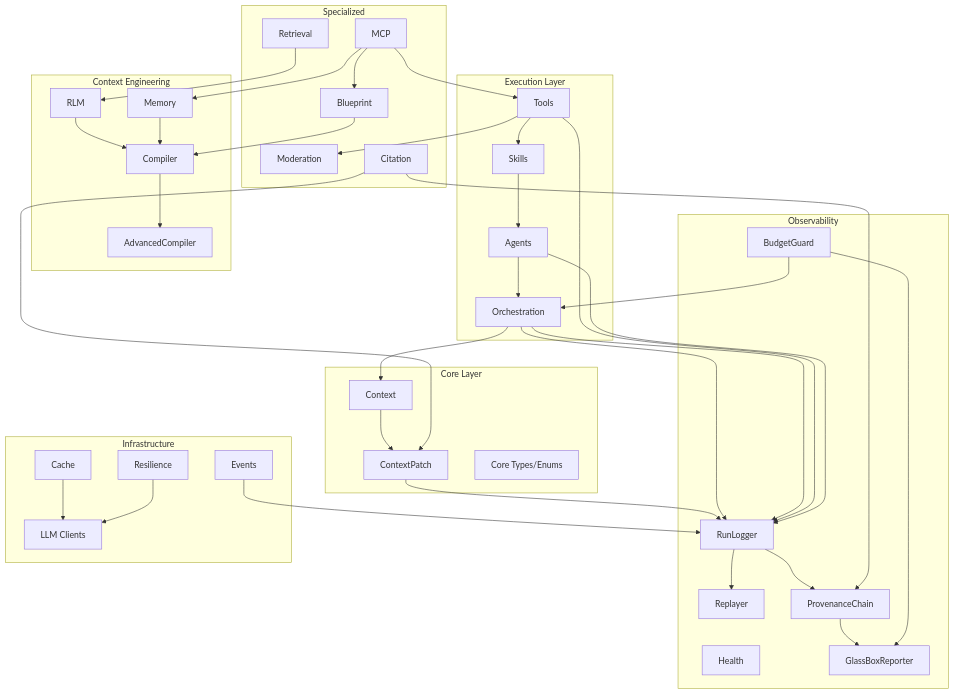
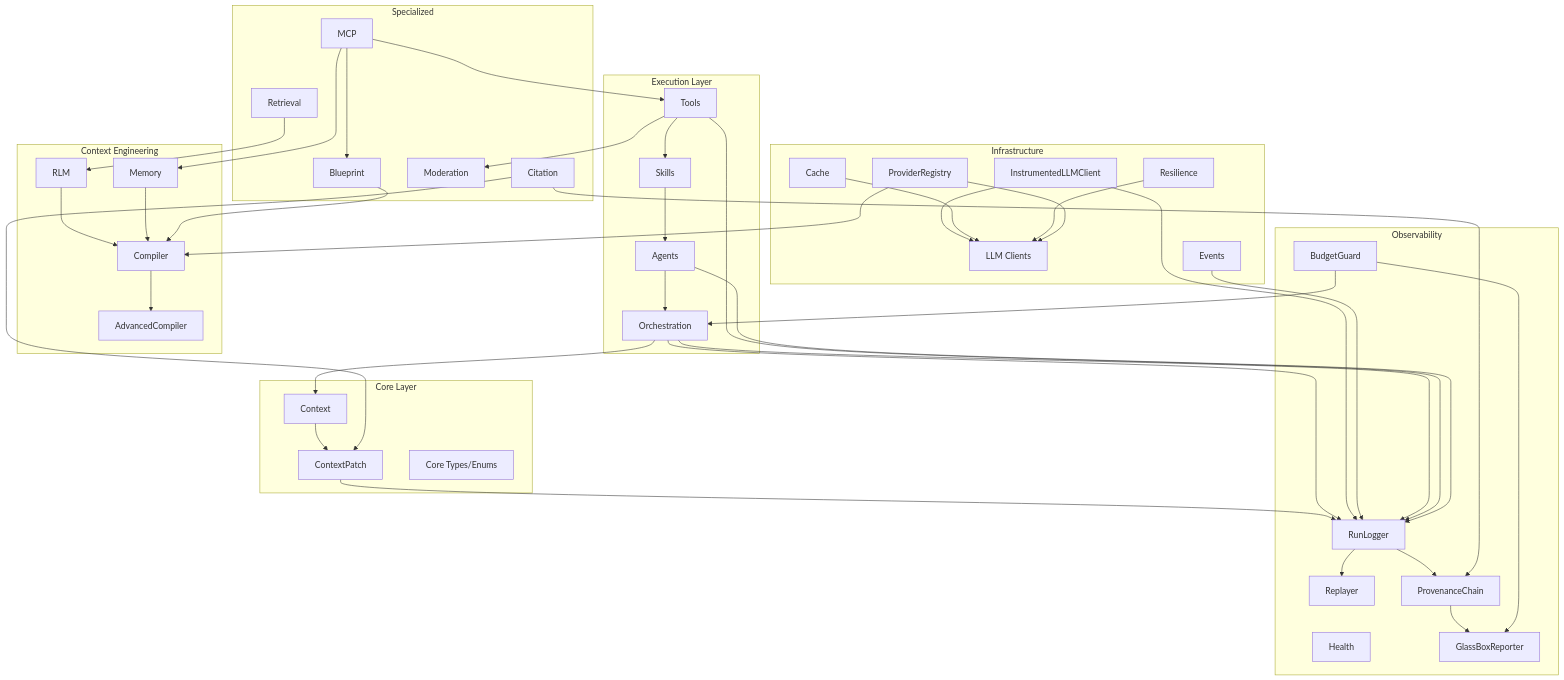
Before and after one commit to drchinca/cemaf: the diagram in docs/module_interconnections.md, drawn with Mermaid. The commit also changed other lines of this file and 12 other files, not shown here.

```diff
--- a/docs/module_interconnections.md
+++ b/docs/module_interconnections.md
@@ -47,9 +47,11 @@
 
     subgraph Infrastructure["Infrastructure"]
         LLM[LLM Clients]
+        INST[InstrumentedLLMClient]
         CACHE[Cache]
         EVENTS[Events]
         RESIL[Resilience]
+        PREG[ProviderRegistry]
     end
 
     subgraph Specialized["Specialized"]
@@ -80,9 +82,13 @@
     CIT --> PATCH
 
     %% Infrastructure dependencies
+    INST --> LLM
+    INST --> LOGGER
     CACHE --> LLM
     RESIL --> LLM
     EVENTS --> LOGGER
+    PREG --> COMP
+    PREG --> LLM
     MCP --> TOOLS
     MCP --> MEM
     MCP --> BLUEPRINT
```
